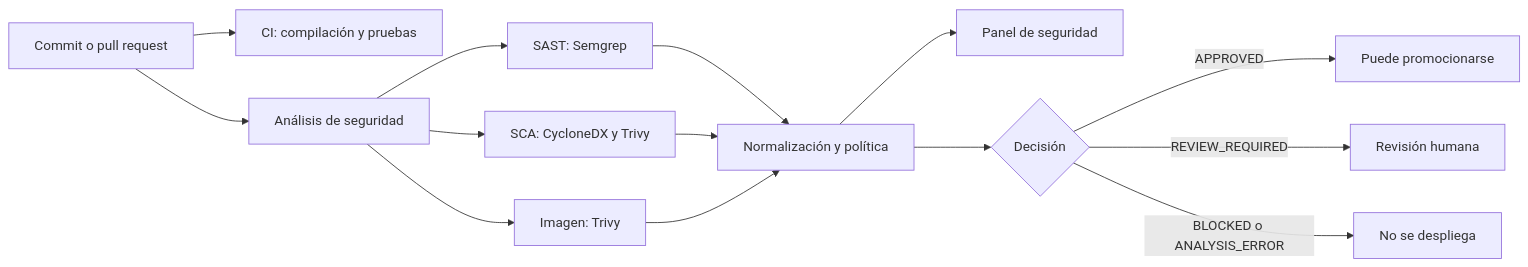
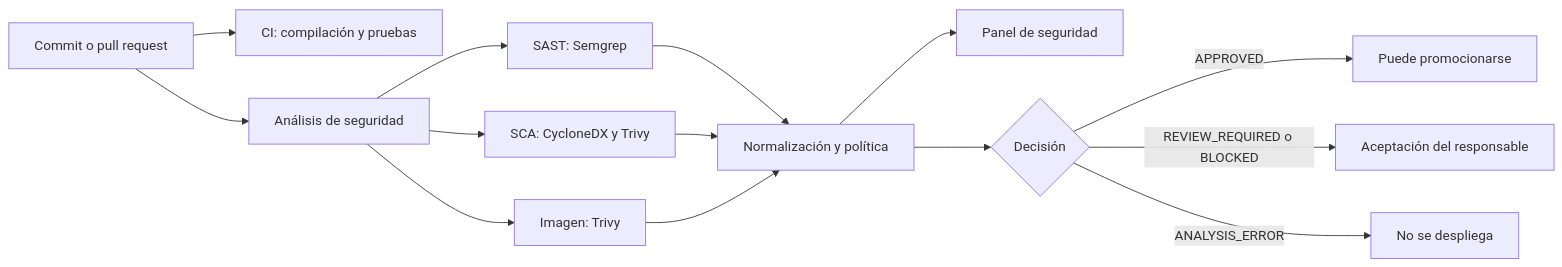
One commit to CGARCHER/movie-review-devsecops-mvp changed the diagram in README.md. Above: the diagram before and after it, drawn with Mermaid. The commit also changed other lines of this file and 30 other files, not shown here.

````diff
--- a/README.md
+++ b/README.md
@@ -20,16 +20,16 @@
 ```mermaid
 flowchart LR
     A[Commit o pull request] --> B[CI: compilación y pruebas]
     A --> C[Análisis de seguridad]
     C --> C1[SAST: Semgrep]
     C --> C2[SCA: CycloneDX y Trivy]
     C --> C3[Imagen: Trivy]
     C1 --> D[Normalización y política]
     C2 --> D
     C3 --> D
     D --> E[Panel de seguridad]
     D --> F{Decisión}
     F -->|APPROVED| G[Puede promocionarse]
-    F -->|REVIEW_REQUIRED| H[Revisión humana]
-    F -->|BLOCKED o ANALYSIS_ERROR| I[No se despliega]
+    F -->|REVIEW_REQUIRED o BLOCKED| H[Aceptación del responsable]
+    F -->|ANALYSIS_ERROR| I[No se despliega]
 ```
````
